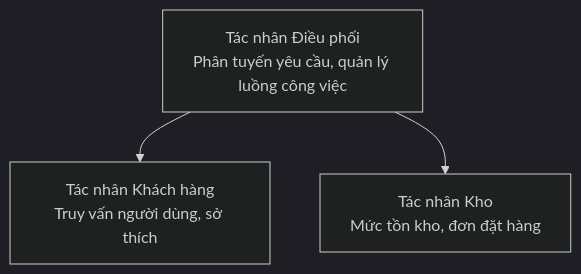
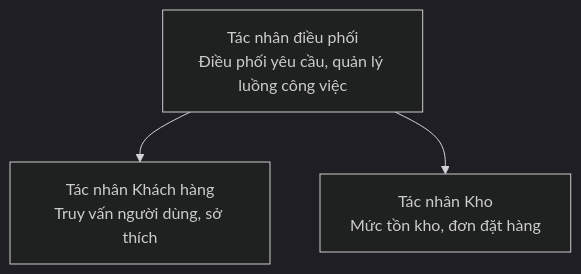
One commit to microsoft/AZD-for-beginners changed the diagram in translations/vi/docs/chapter-05-multi-agent/README.md. Above: the diagram before and after it, drawn with Mermaid (dark theme). The commit also changed other lines of this file and 104 other files, not shown here.

````diff
--- a/translations/vi/docs/chapter-05-multi-agent/README.md
+++ b/translations/vi/docs/chapter-05-multi-agent/README.md
@@ -52,5 +54,5 @@
 ```mermaid
 graph TD
-    Orchestrator[Tác nhân Điều phối<br/>Phân tuyến yêu cầu, quản lý luồng công việc] --> Customer[Tác nhân Khách hàng<br/>Truy vấn người dùng, sở thích]
+    Orchestrator[Tác nhân điều phối<br/>Điều phối yêu cầu, quản lý luồng công việc] --> Customer[Tác nhân Khách hàng<br/>Truy vấn người dùng, sở thích]
     Orchestrator --> Inventory[Tác nhân Kho<br/>Mức tồn kho, đơn đặt hàng]
 ```
````
